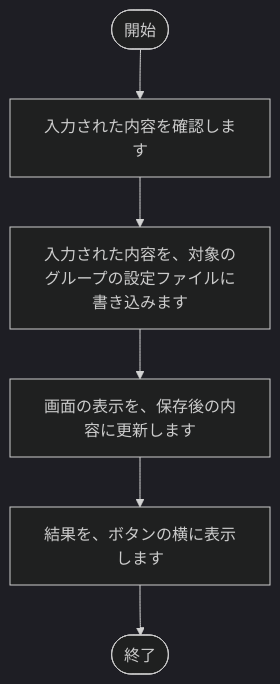
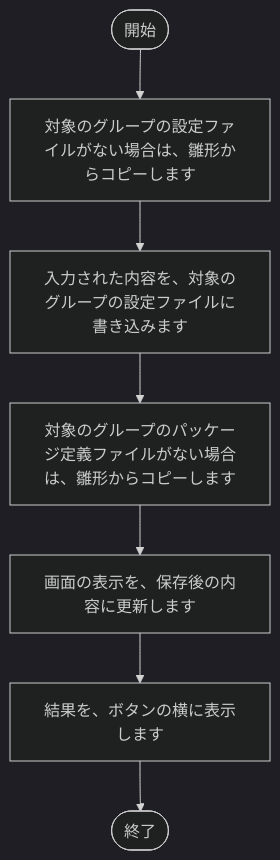
Before and after one commit to nishida2073/project_management: the eighth of 12 diagrams in tool/package-generator/doc/02_設計/処理フロー.md, drawn with Mermaid (dark theme). The commit also changed other lines of this file and 16 other files, not shown here.

````diff
--- a/tool/package-generator/doc/02_設計/処理フロー.md
+++ b/tool/package-generator/doc/02_設計/処理フロー.md
@@ -187,14 +210,16 @@
 ```mermaid
 flowchart TD
     S(["開始"])
     E(["終了"])
-    N1["入力された内容を確認します"]
+    N1["対象のグループの設定ファイルがない場合は、雛形からコピーします"]
     S --> N1
     N2["入力された内容を、対象のグループの設定ファイルに書き込みます"]
     N1 --> N2
-    N3["画面の表示を、保存後の内容に更新します"]
+    N3["対象のグループのパッケージ定義ファイルがない場合は、雛形からコピーします"]
     N2 --> N3
-    N4["結果を、ボタンの横に表示します"]
+    N4["画面の表示を、保存後の内容に更新します"]
     N3 --> N4
-    N4 --> E
+    N5["結果を、ボタンの横に表示します"]
+    N4 --> N5
+    N5 --> E
 ```
````
